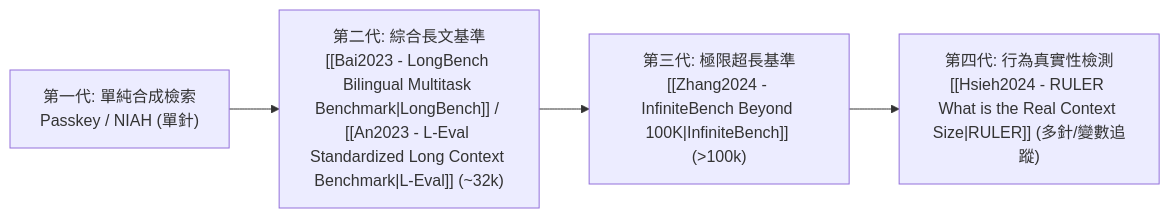
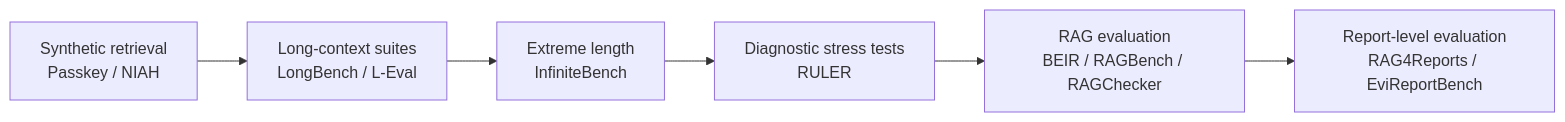
The diagram in 02 - 研究領域專題 (Research Domains)/Domain 10 - 評估基準、系統工程與安全 (Benchmarks & Safety).md (Cycl0n3-ga/RAG-survey), drawn with Mermaid before and after one commit. The commit also changed other lines of this file, not shown here.

Commit message:
feat(evaluation): expand benchmark scope and fix Mermaid portability

````diff
--- a/02 - 研究領域專題 (Research Domains)/Domain 10 - 評估基準、系統工程與安全 (Benchmarks & Safety).md
+++ b/02 - 研究領域專題 (Research Domains)/Domain 10 - 評估基準、系統工程與安全 (Benchmarks & Safety).md
@@ -17,6 +17,15 @@
 ```mermaid
-graph LR
-    B1["第一代: 單純合成檢索<br>Passkey / NIAH (單針)"] --> B2["第二代: 綜合長文基準<br>[[Bai2023 - LongBench Bilingual Multitask Benchmark|LongBench]] / [[An2023 - L-Eval Standardized Long Context Benchmark|L-Eval]] (~32k)"]
-    B2 --> B3["第三代: 極限超長基準<br>[[Zhang2024 - InfiniteBench Beyond 100K|InfiniteBench]] (>100k)"]
-    B3 --> B4["第四代: 行為真實性檢測<br>[[Hsieh2024 - RULER What is the Real Context Size|RULER]] (多針/變數追蹤)"]
+flowchart LR
+    NIAH["Synthetic retrieval<br/>Passkey / NIAH"]
+    LONG["Long-context suites<br/>LongBench / L-Eval"]
+    EXTREME["Extreme length<br/>InfiniteBench"]
+    DIAG["Diagnostic stress tests<br/>RULER"]
+    RAG["RAG evaluation<br/>BEIR / RAGBench / RAGChecker"]
+    REPORT["Report-level evaluation<br/>RAG4Reports / EviReportBench"]
+
+    NIAH --> LONG
+    LONG --> EXTREME
+    EXTREME --> DIAG
+    DIAG --> RAG
+    RAG --> REPORT
 ```
````
